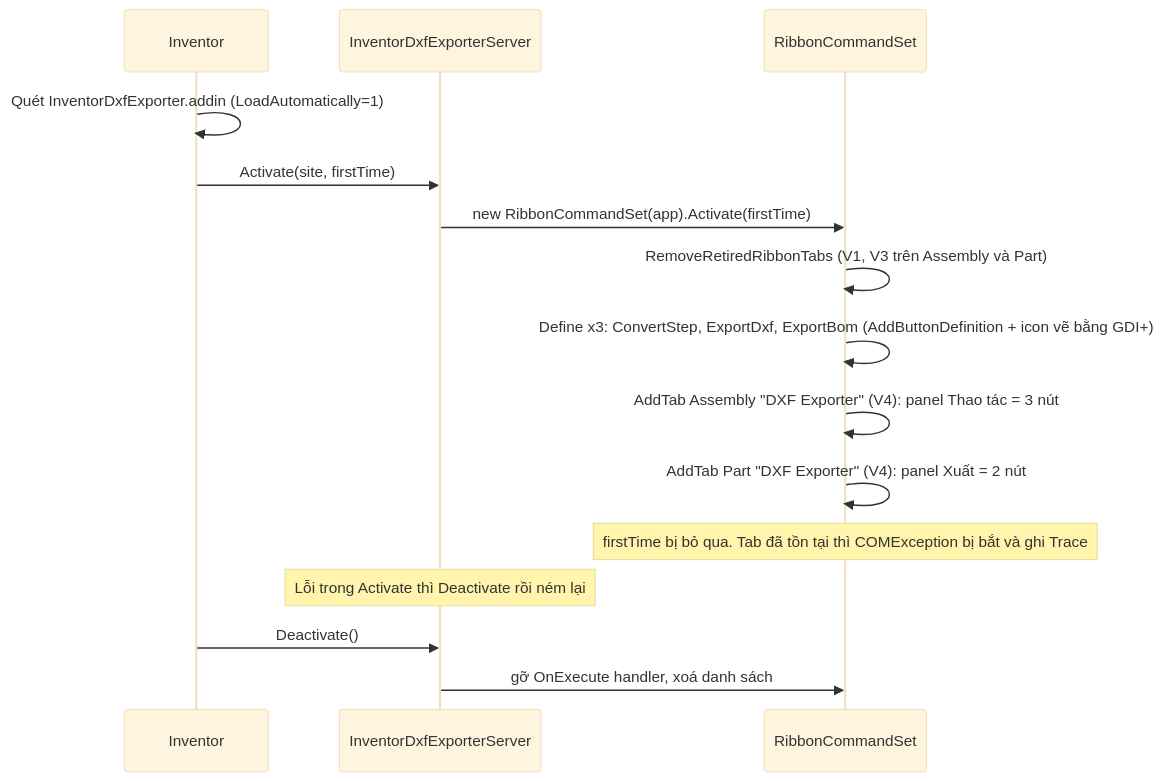
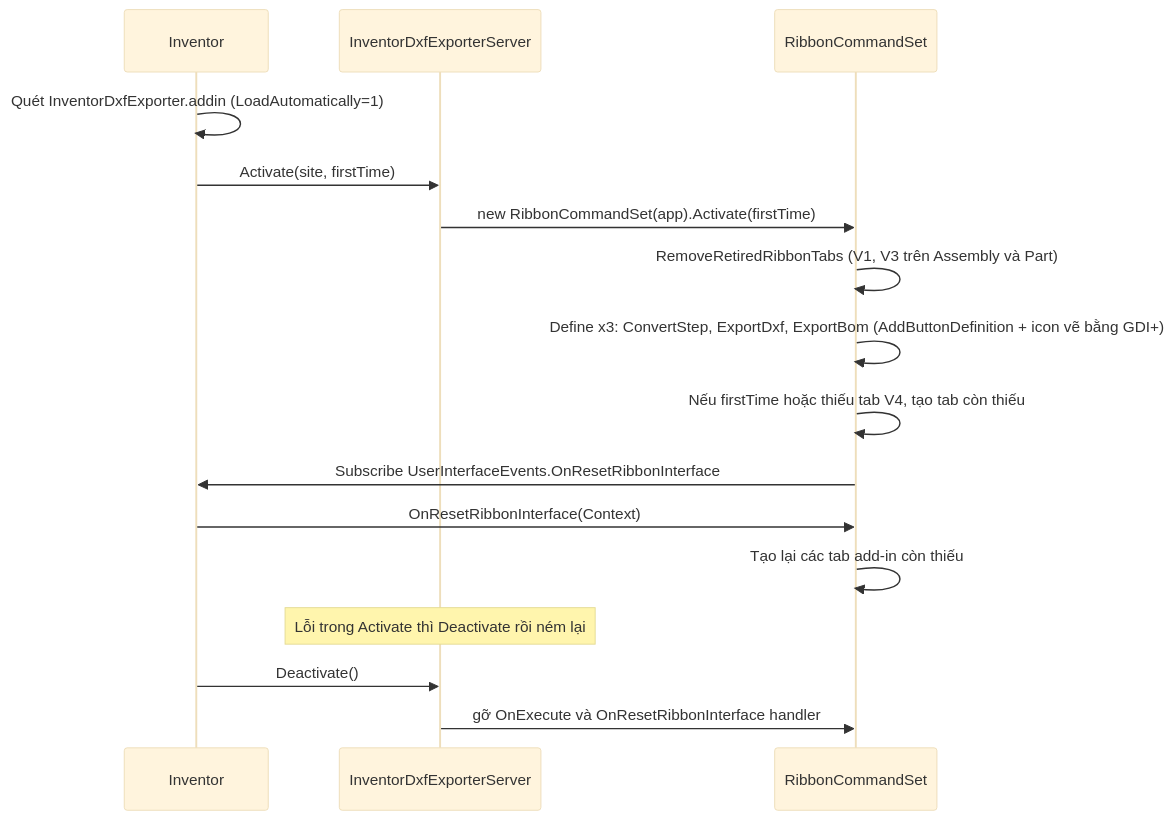
Before and after one commit to PiDiDii/DXF-Exporter-Pro: the second of 8 diagrams in ARCHITECTURE.md, drawn with Mermaid (base theme). The commit also changed other lines of this file and 51 other files, not shown here.

````diff
--- a/ARCHITECTURE.md
+++ b/ARCHITECTURE.md
@@ -50,17 +51,18 @@
 ```mermaid
 sequenceDiagram
     participant I as Inventor
     participant S as InventorDxfExporterServer
     participant R as RibbonCommandSet
     I->>I: Quét InventorDxfExporter.addin (LoadAutomatically=1)
     I->>S: Activate(site, firstTime)
     S->>R: new RibbonCommandSet(app).Activate(firstTime)
     R->>R: RemoveRetiredRibbonTabs (V1, V3 trên Assembly và Part)
     R->>R: Define x3: ConvertStep, ExportDxf, ExportBom (AddButtonDefinition + icon vẽ bằng GDI+)
-    R->>R: AddTab Assembly "DXF Exporter" (V4): panel Thao tác = 3 nút
-    R->>R: AddTab Part "DXF Exporter" (V4): panel Xuất = 2 nút
-    Note over R: firstTime bị bỏ qua. Tab đã tồn tại thì COMException bị bắt và ghi Trace
+    R->>R: Nếu firstTime hoặc thiếu tab V4, tạo tab còn thiếu
+    R->>I: Subscribe UserInterfaceEvents.OnResetRibbonInterface
+    I->>R: OnResetRibbonInterface(Context)
+    R->>R: Tạo lại các tab add-in còn thiếu
     Note over S: Lỗi trong Activate thì Deactivate rồi ném lại
     I->>S: Deactivate()
-    S->>R: gỡ OnExecute handler, xoá danh sách
+    S->>R: gỡ OnExecute và OnResetRibbonInterface handler
 ```
````
